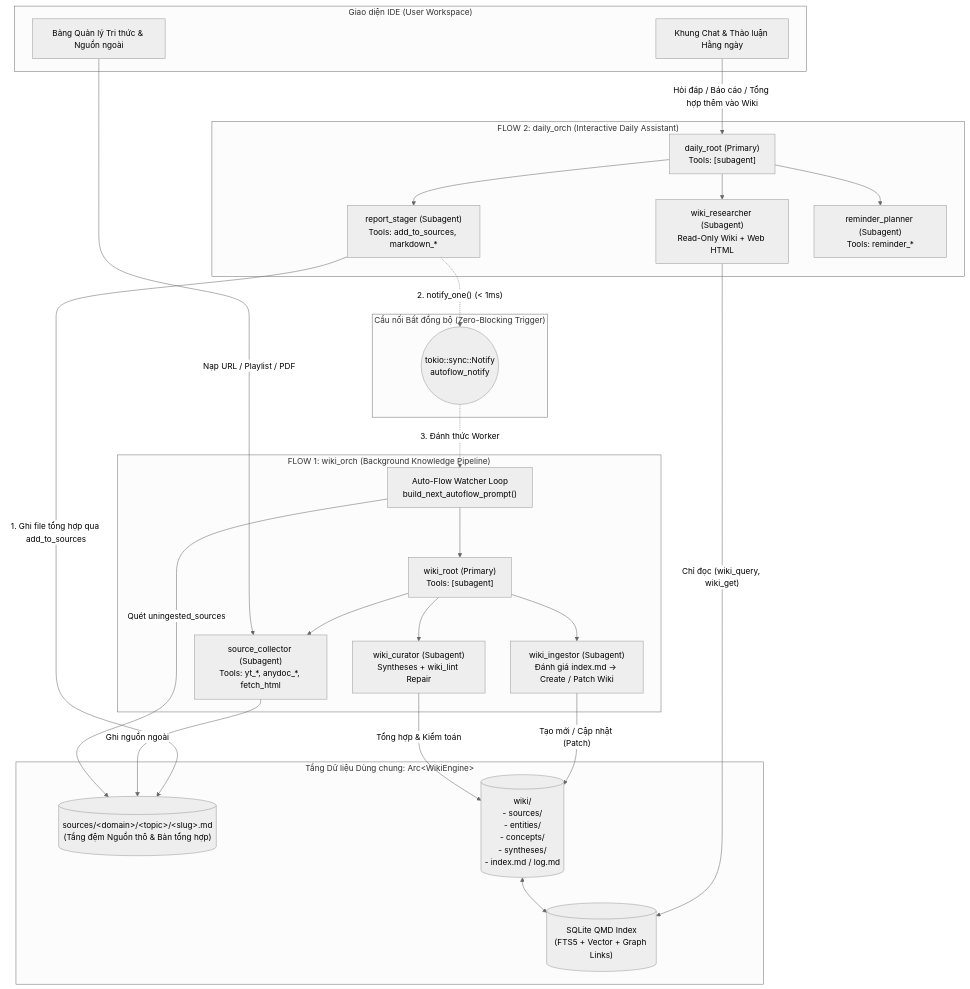
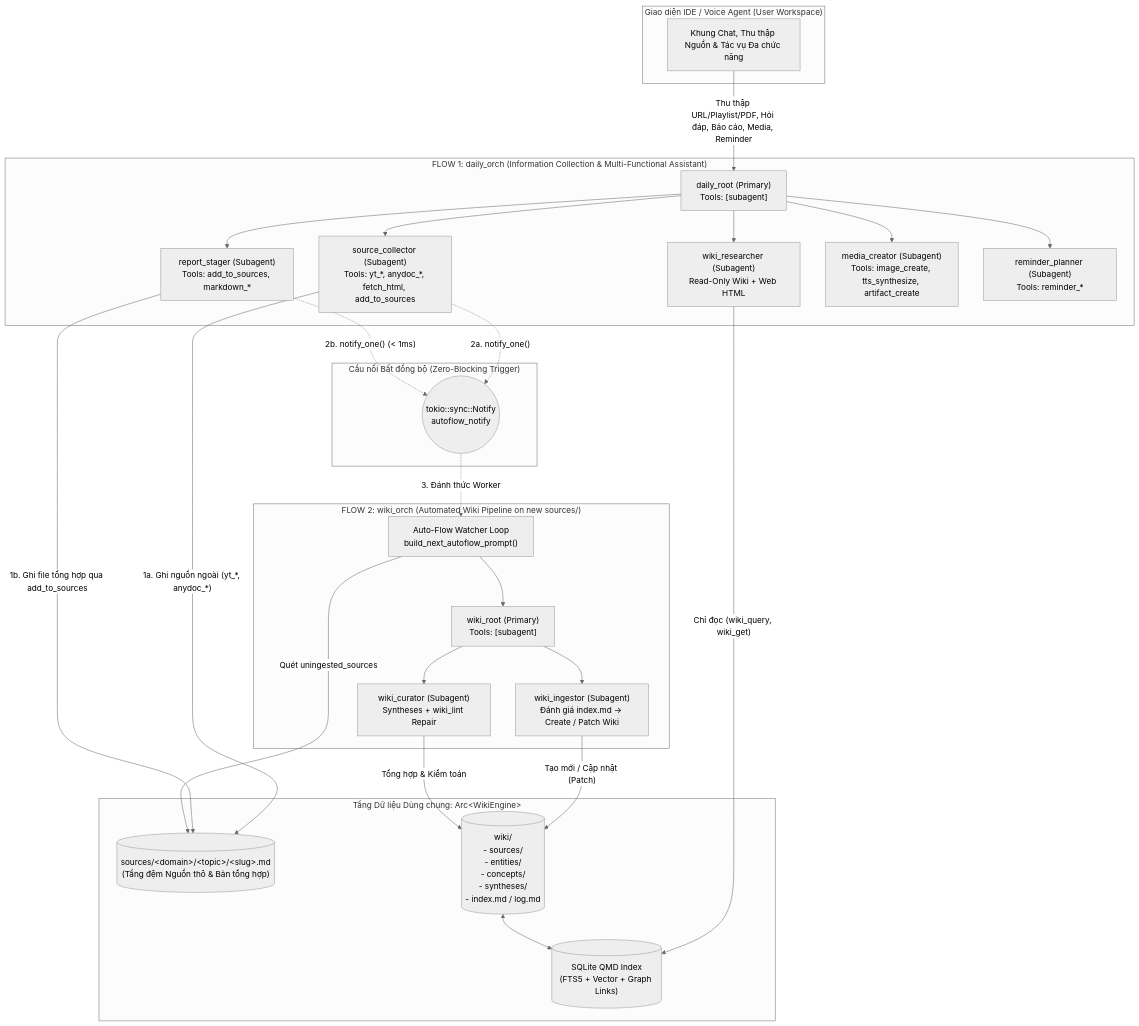
Before and after one commit to hailp-vn38/orchestrator_task_rs: the first of 2 diagrams in docs/Dual Flow Architecture Spec.md, drawn with Mermaid (neutral theme). The commit also changed other lines of this file and 16 other files, not shown here.

Commit message:
refactor(prompts,docs): centralize dual-flow prompts/collector constants and sync Flow 1/Flow 2 specs

````diff
--- a/docs/Dual Flow Architecture Spec.md
+++ b/docs/Dual Flow Architecture Spec.md
@@ -15,55 +15,56 @@
 ```mermaid
 flowchart TB
-    subgraph IDE["Giao diện IDE (User Workspace)"]
-        ChatUI["Khung Chat & Thảo luận Hằng ngày"]
-        WikiUI["Bảng Quản lý Tri thức & Nguồn ngoài"]
+    subgraph IDE["Giao diện IDE / Voice Agent (User Workspace)"]
+        ChatUI["Khung Chat, Thu thập Nguồn & Tác vụ Đa chức năng"]
     end
 
     subgraph SharedVault["Tầng Dữ liệu Dùng chung: Arc&lt;WikiEngine&gt;"]
         SourcesDir[("sources/&lt;domain&gt;/&lt;topic&gt;/&lt;slug&gt;.md\n(Tầng đệm Nguồn thô & Bản tổng hợp)")]
         WikiDir[("wiki/\n- sources/\n- entities/\n- concepts/\n- syntheses/\n- index.md / log.md")]
         SQLiteDB[("SQLite QMD Index\n(FTS5 + Vector + Graph Links)")]
     end
 
-    subgraph Flow2["FLOW 2: daily_orch (Interactive Daily Assistant)"]
+    subgraph Flow1["FLOW 1: daily_orch (Information Collection & Multi-Functional Assistant)"]
         DRoot["daily_root (Primary)\nTools: [subagent]"]
+        SCol["source_collector (Subagent)\nTools: yt_*, anydoc_*, fetch_html, add_to_sources"]
         WRes["wiki_researcher (Subagent)\nRead-Only Wiki + Web HTML"]
         RStager["report_stager (Subagent)\nTools: add_to_sources, markdown_*"]
+        MCreator["media_creator (Subagent)\nTools: image_create, tts_synthesize, artifact_create"]
         RPlan["reminder_planner (Subagent)\nTools: reminder_*"]
 
+        DRoot --> SCol
         DRoot --> WRes
         DRoot --> RStager
+        DRoot --> MCreator
         DRoot --> RPlan
     end
 
     subgraph Bridge["Cầu nối Bất đồng bộ (Zero-Blocking Trigger)"]
         Notify(("tokio::sync::Notify\nautoflow_notify"))
     end
 
-    subgraph Flow1["FLOW 1: wiki_orch (Background Knowledge Pipeline)"]
+    subgraph Flow2["FLOW 2: wiki_orch (Automated Wiki Pipeline on new sources/)"]
         WWorker["Auto-Flow Watcher Loop\nbuild_next_autoflow_prompt()"]
         WRoot["wiki_root (Primary)\nTools: [subagent]"]
-        SCol["source_collector (Subagent)\nTools: yt_*, anydoc_*, fetch_html"]
         WIng["wiki_ingestor (Subagent)\nĐánh giá index.md -> Create / Patch Wiki"]
         WCur["wiki_curator (Subagent)\nSyntheses + wiki_lint Repair"]
 
         WWorker --> WRoot
-        WRoot --> SCol
         WRoot --> WIng
         WRoot --> WCur
     end
 
-    ChatUI -->|"Hỏi đáp / Báo cáo / Tổng hợp thêm vào Wiki"| DRoot
-    WikiUI -->|"Nạp URL / Playlist / PDF"| SCol
+    ChatUI -->|"Thu thập URL/Playlist/PDF, Hỏi đáp, Báo cáo, Media, Reminder"| DRoot
 
     WRes -->|"Chỉ đọc (wiki_query, wiki_get)"| SQLiteDB
-    RStager -->|"1. Ghi file tổng hợp qua add_to_sources"| SourcesDir
-    RStager -.->|"2. notify_one() (< 1ms)"| Notify
+    SCol -->|"1a. Ghi nguồn ngoài (yt_*, anydoc_*)"| SourcesDir
+    SCol -.->|"2a. notify_one()"| Notify
+    RStager -->|"1b. Ghi file tổng hợp qua add_to_sources"| SourcesDir
+    RStager -.->|"2b. notify_one() (< 1ms)"| Notify
     Notify -.->|"3. Đánh thức Worker"| WWorker
 
-    SCol -->|"Ghi nguồn ngoài"| SourcesDir
     WWorker -->|"Quét uningested_sources"| SourcesDir
     WIng -->|"Tạo mới / Cập nhật (Patch)"| WikiDir
     WCur -->|"Tổng hợp & Kiểm toán"| WikiDir
     WikiDir <--> SQLiteDB
 ```
````
